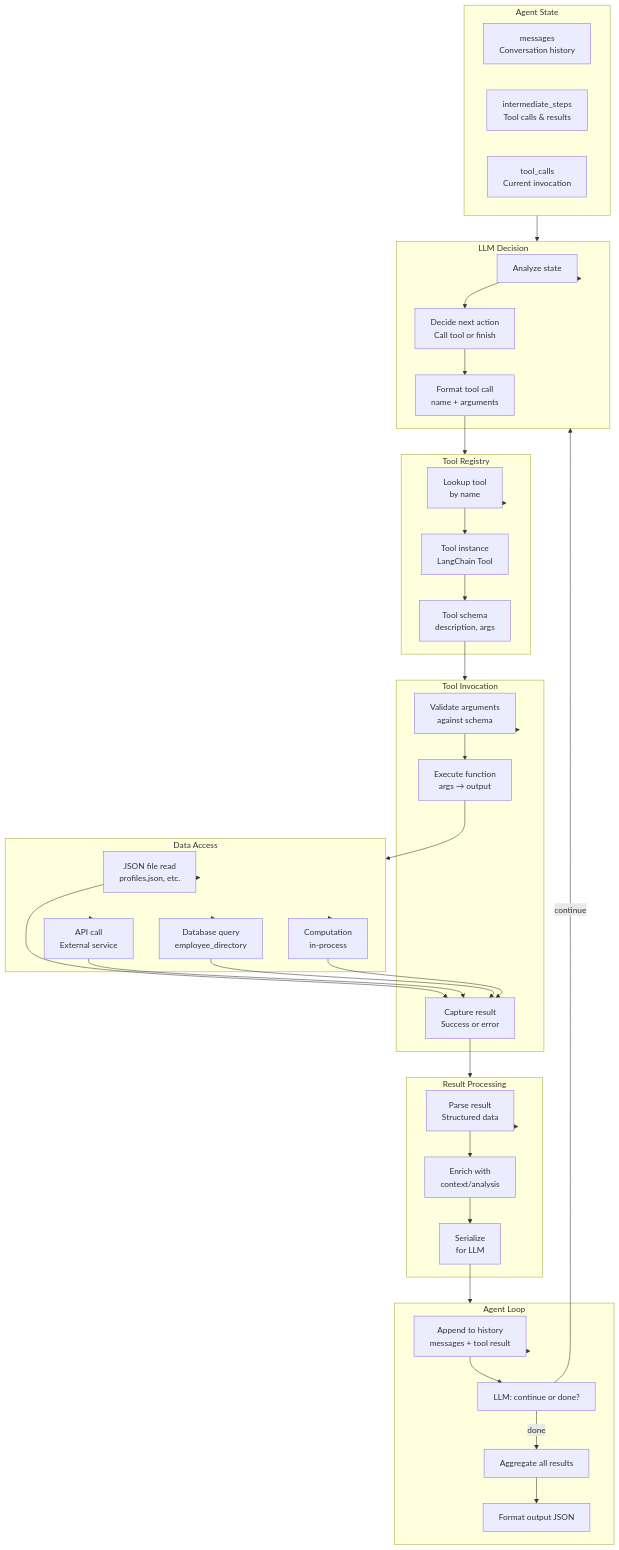
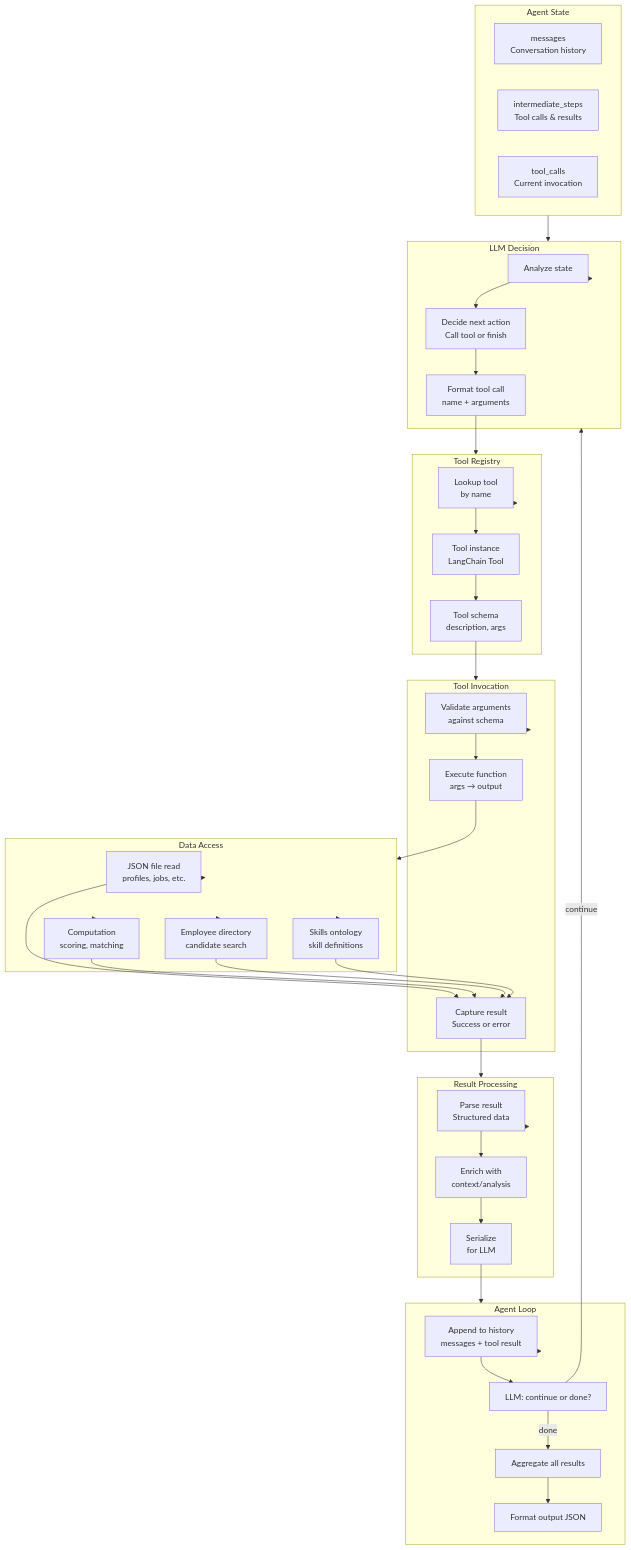
One commit to savipk/autochat changed the second of 3 diagrams in docs/architecture/06-tool-execution-pipeline.md. Above: the diagram before and after it, drawn with Mermaid. The commit also changed other lines of this file and 27 other files, not shown here.

```diff
--- a/docs/architecture/06-tool-execution-pipeline.md
+++ b/docs/architecture/06-tool-execution-pipeline.md
@@ -72,10 +72,10 @@
     end
 
     subgraph DataAccess["Data Access"]
-        json["JSON file read<br/>profiles.json, etc."]
-        api["API call<br/>External service"]
-        db["Database query<br/>employee_directory"]
-        compute["Computation<br/>in-process"]
+        json["JSON file read<br/>profiles, jobs, etc."]
+        compute["Computation<br/>scoring, matching"]
+        employee["Employee directory<br/>candidate search"]
+        skills["Skills ontology<br/>skill definitions"]
     end
 
     subgraph ResultProcessing["Result Processing"]
@@ -107,14 +107,14 @@
 
     exec --> DataAccess
     DataAccess --> json
-    DataAccess --> api
-    DataAccess --> db
     DataAccess --> compute
+    DataAccess --> employee
+    DataAccess --> skills
 
     json --> result
-    api --> result
-    db --> result
     compute --> result
+    employee --> result
+    skills --> result
 
     result --> ResultProcessing
     ResultProcessing --> parse
```
